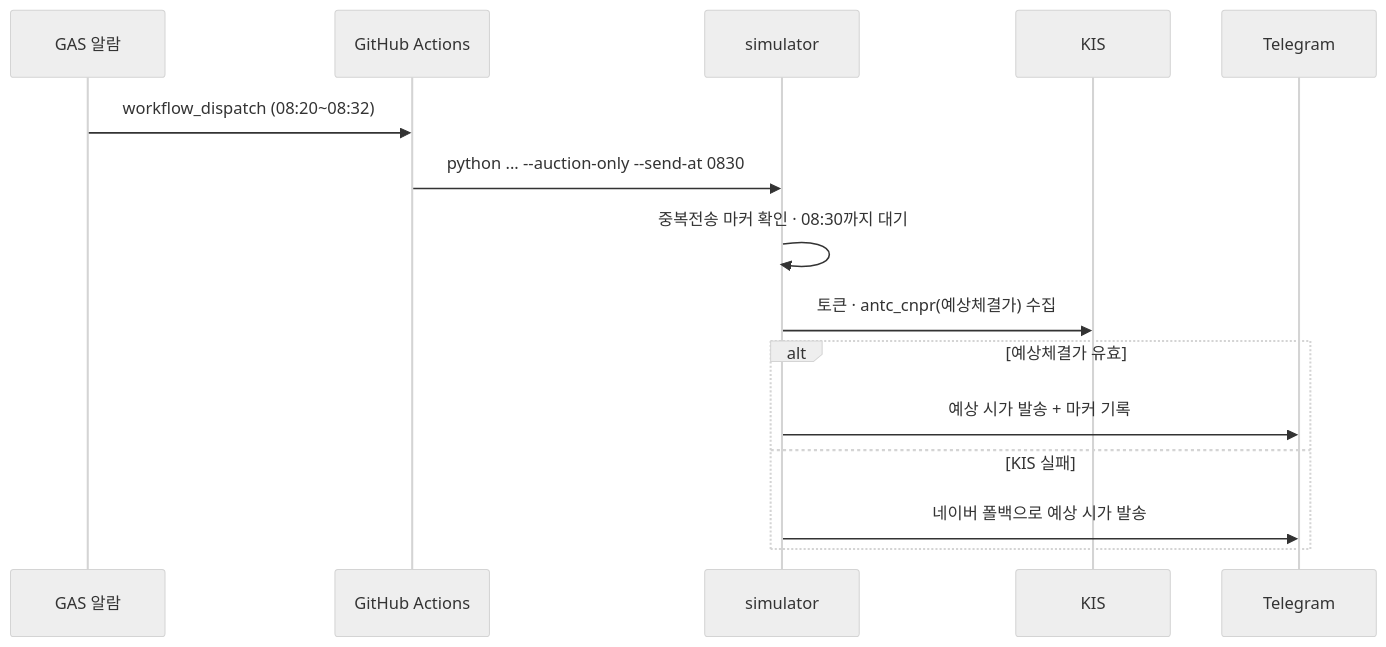
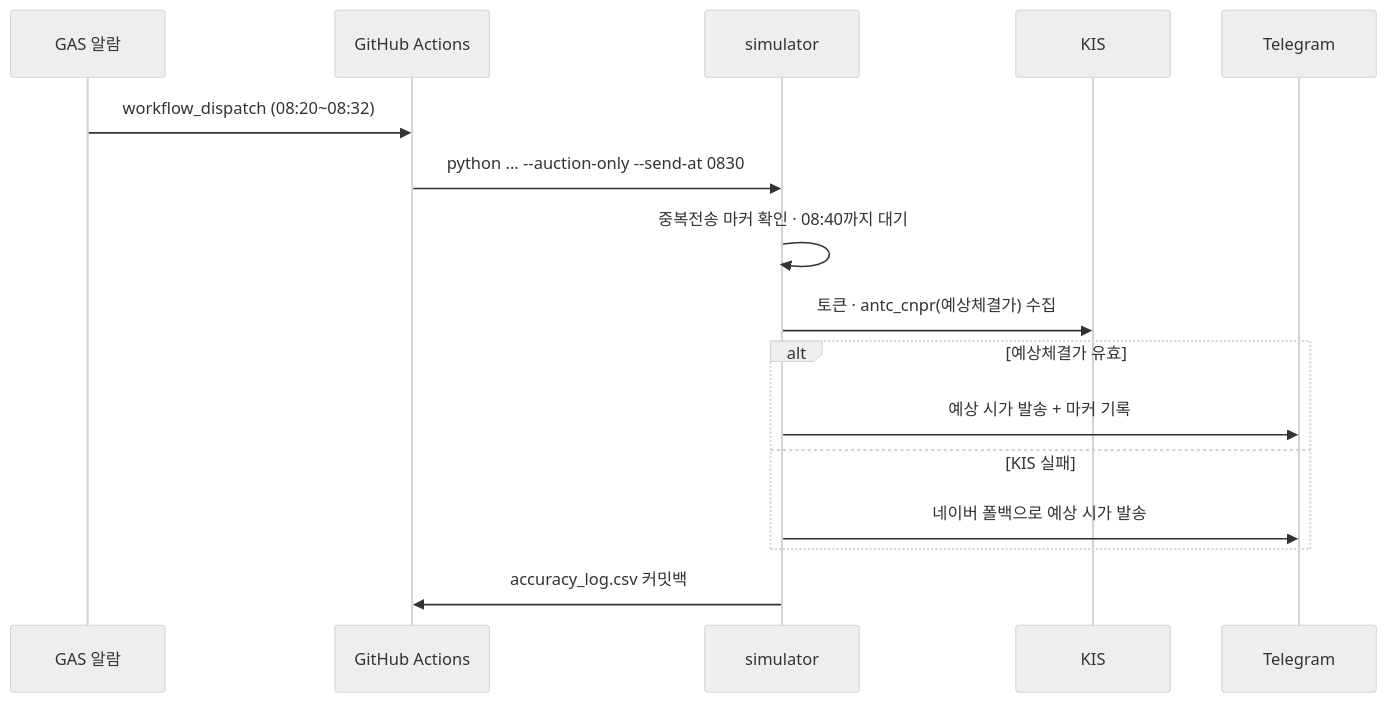
Before and after one commit to muhwa91/etf-info: the diagram in README.md, drawn with Mermaid (neutral theme). The commit also changed other lines of this file and 2 other files, not shown here.

````diff
--- a/README.md
+++ b/README.md
@@ -15,17 +15,18 @@
 ```mermaid
 sequenceDiagram
   participant GAS as GAS 알람
   participant GHA as GitHub Actions
   participant Sim as simulator
   participant KIS
   participant TG as Telegram
   GAS->>GHA: workflow_dispatch (08:20~08:32)
   GHA->>Sim: python ... --auction-only --send-at 0830
-  Sim->>Sim: 중복전송 마커 확인 · 08:30까지 대기
+  Sim->>Sim: 중복전송 마커 확인 · 08:40까지 대기
   Sim->>KIS: 토큰 · antc_cnpr(예상체결가) 수집
   alt 예상체결가 유효
     Sim->>TG: 예상 시가 발송 + 마커 기록
   else KIS 실패
     Sim->>TG: 네이버 폴백으로 예상 시가 발송
   end
+  Sim->>GHA: accuracy_log.csv 커밋백
 ```
````
